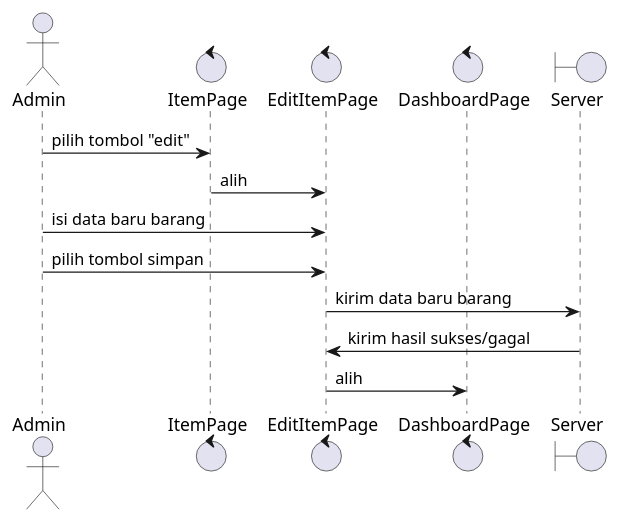
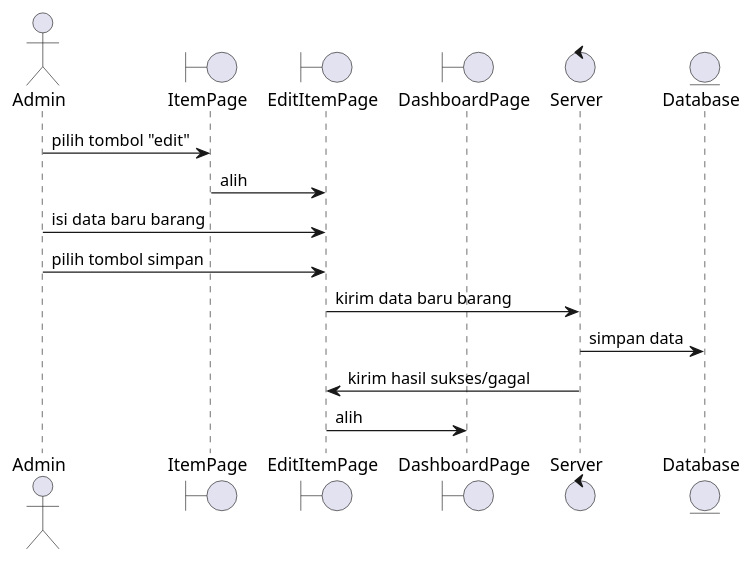
Before and after one commit to stnDinus/skpl_apbo_diagrams: the diagram in upd_item_seq.puml, drawn with PlantUML. The commit also changed 9 other files, not shown here.

Commit message:
fix: sequence diagram

```diff
--- a/upd_item_seq.puml
+++ b/upd_item_seq.puml
@@ -1,15 +1,17 @@
 @startuml
 actor Admin
-control ItemPage
-control EditItemPage
-control DashboardPage
-boundary Server
+boundary ItemPage
+boundary EditItemPage
+boundary DashboardPage
+control Server
+entity Database
 
 Admin -> ItemPage: pilih tombol "edit"
 ItemPage -> EditItemPage: alih
 Admin -> EditItemPage: isi data baru barang
 Admin -> EditItemPage: pilih tombol simpan
 EditItemPage -> Server: kirim data baru barang
+Server -> Database: simpan data
 Server -> EditItemPage: kirim hasil sukses/gagal
 EditItemPage -> DashboardPage: alih
 @enduml
```
